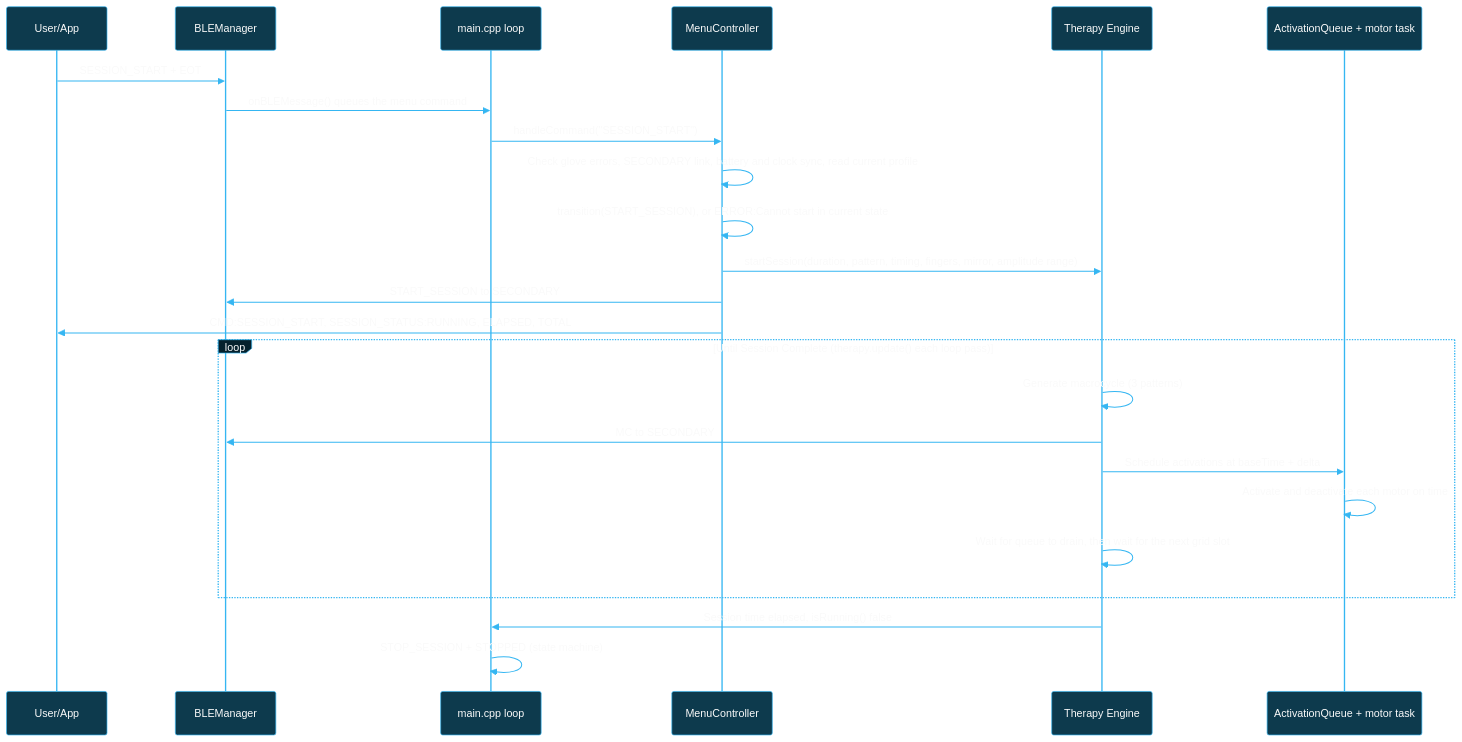
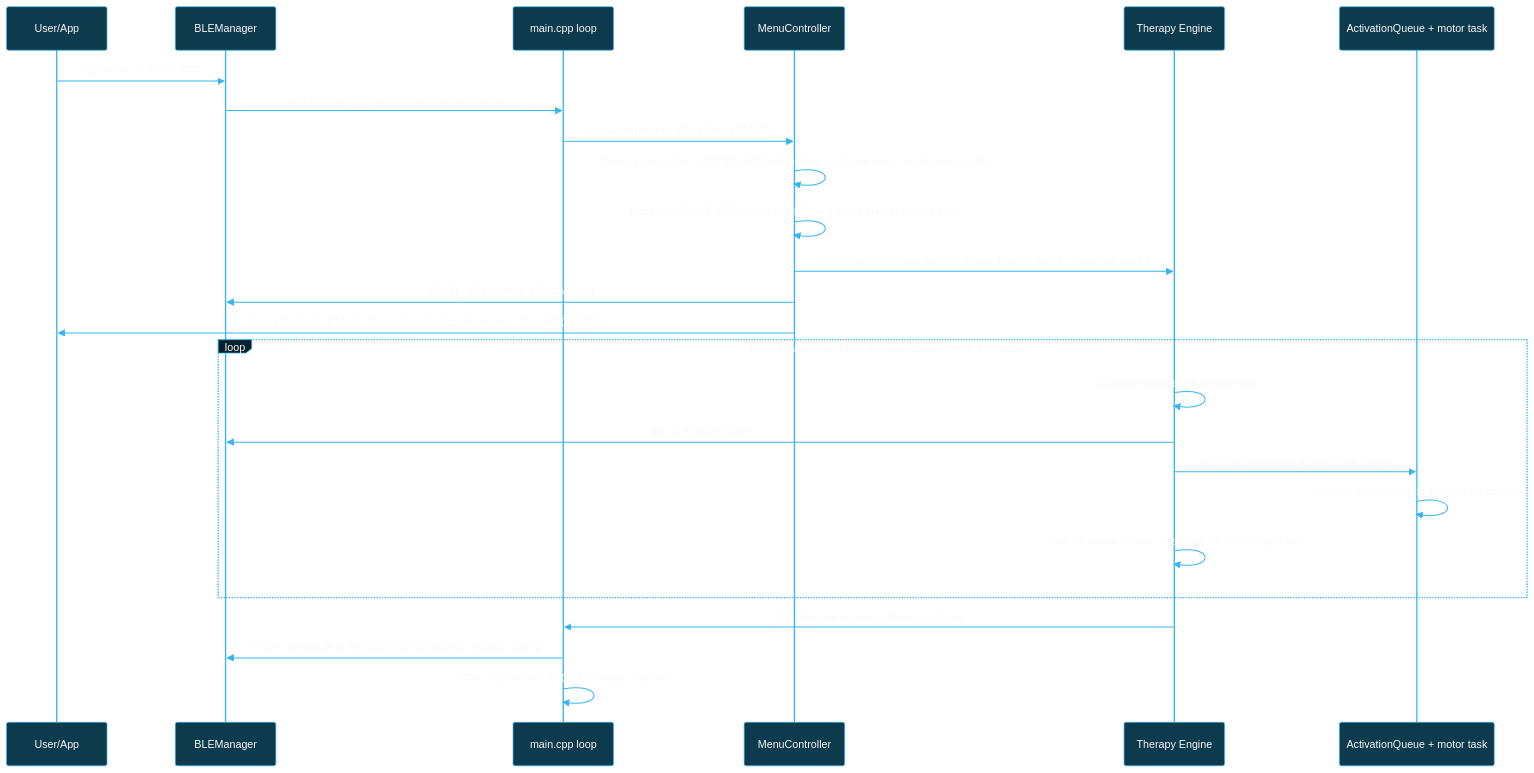
The fifth of 6 diagrams in docs/ARCHITECTURE.md (BlueBuzzah/BlueBuzzah-Firmware), drawn with Mermaid before and after one commit. The commit also changed 3 other files, not shown here.

Commit message:
docs: STOP_SESSION order, completion stop and the session stop callback

````diff
--- a/docs/ARCHITECTURE.md
+++ b/docs/ARCHITECTURE.md
@@ -1469,54 +1469,55 @@
 ```mermaid
 %%{init: {'theme': 'base', 'themeVariables': {
   'primaryColor': '#0d3a4d',
   'primaryTextColor': '#fafafa',
   'primaryBorderColor': '#35B6F2',
   'lineColor': '#35B6F2',
   'secondaryColor': '#05212D',
   'tertiaryColor': '#0a0a0a',
   'background': '#0a0a0a',
   'actorBkg': '#0d3a4d',
   'actorBorder': '#35B6F2',
   'actorTextColor': '#fafafa',
   'actorLineColor': '#35B6F2',
   'signalColor': '#35B6F2',
   'signalTextColor': '#fafafa',
   'labelBoxBkgColor': '#05212D',
   'labelBoxBorderColor': '#35B6F2',
   'labelTextColor': '#fafafa',
   'loopTextColor': '#fafafa',
   'noteBkgColor': '#05212D',
   'noteBorderColor': '#35B6F2',
   'noteTextColor': '#fafafa',
   'activationBkgColor': '#0d3a4d',
   'activationBorderColor': '#35B6F2',
   'sequenceNumberColor': '#fafafa'
 }}}%%
 sequenceDiagram
     participant U as User/App
     participant B as BLEManager
     participant L as main.cpp loop
     participant M as MenuController
     participant TE as Therapy Engine
     participant Q as ActivationQueue + motor task
 
     U->>B: SESSION_START + EOT
     B->>L: onBLEMessage() queues the menu command
     L->>M: handleCommand("SESSION_START")
     M->>M: Check glove errors, SECONDARY link, battery and clock sync, read current profile
     M->>M: transition(START_SESSION), or ERROR:Cannot start in current state
     M->>TE: startSession(duration, pattern, timing, fingers, mirror, amplitude range)
     M->>B: START_SESSION to SECONDARY
     M->>U: CMD:SESSION_START, SESSION_STATUS:RUNNING, ELAPSED, TOTAL
 
     loop Until Session Complete (therapy.update() each loop pass)
         TE->>TE: Generate macrocycle (3 patterns)
         TE->>B: MC to SECONDARY
         TE->>Q: Schedule activations at baseTime + delta
         Q->>Q: Activate and deactivate each motor on time
         TE->>TE: Wait for queue to drain, then wait for the next grid slot
     end
 
     TE->>L: Session time elapsed, isRunning() false
+    L->>B: STOP_SESSION to SECONDARY (if linked), queues cleared
     L->>L: STOP_SESSION + STOPPED (state machine)
 ```
````
